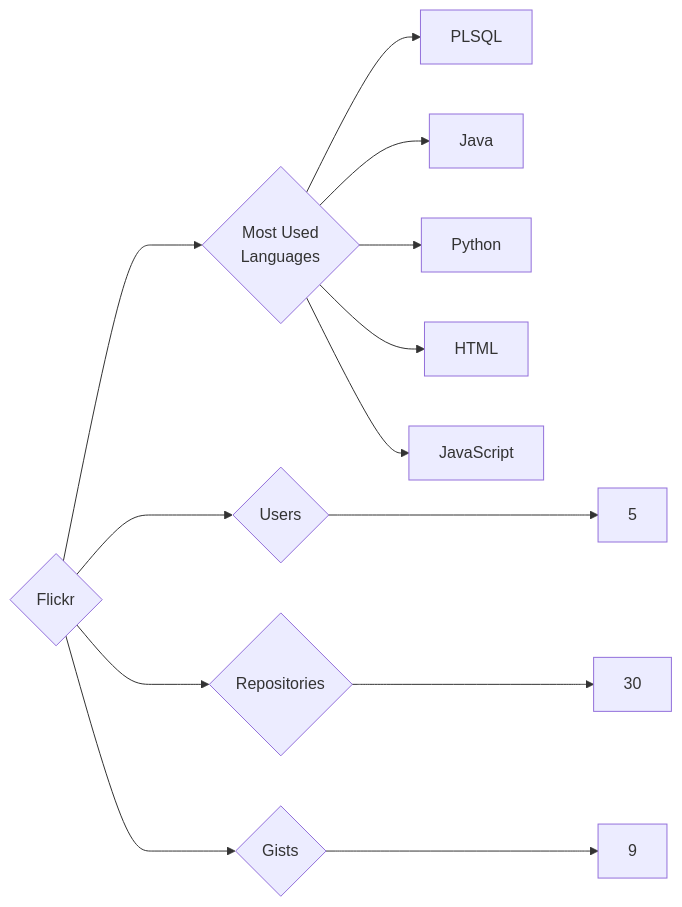
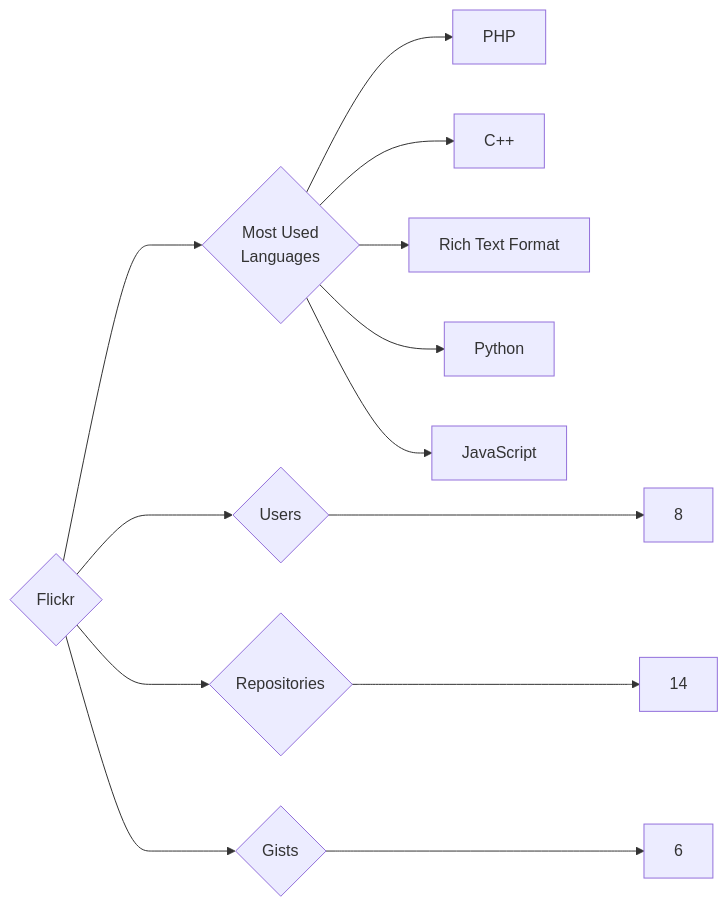
The diagram in targets/Flickr/README.md (trickest/insiders), drawn with Mermaid before and after one commit. The commit also changed 1166 other files, not shown here.

````diff
--- a/targets/Flickr/README.md
+++ b/targets/Flickr/README.md
@@ -3,13 +3,13 @@
 ```mermaid
 graph LR
 COMPANY_NAME{Flickr}
-COMPANY_NAME ---> U{Users} ---> UN[5]
-COMPANY_NAME ---> R{Repositories} ---> RN[30]
-COMPANY_NAME ---> G{Gists} ---> GN[9]
+COMPANY_NAME ---> U{Users} ---> UN[8]
+COMPANY_NAME ---> R{Repositories} ---> RN[14]
+COMPANY_NAME ---> G{Gists} ---> GN[6]
 COMPANY_NAME ---> ML{Most Used<br>Languages}
-ML --> PLSQL[PLSQL]
-ML --> Java[Java]
+ML --> PHP[PHP]
+ML --> C++[C++]
+ML --> Rich_Text_Format[Rich Text Format]
 ML --> Python[Python]
-ML --> HTML[HTML]
 ML --> JavaScript[JavaScript]
 ```
````
